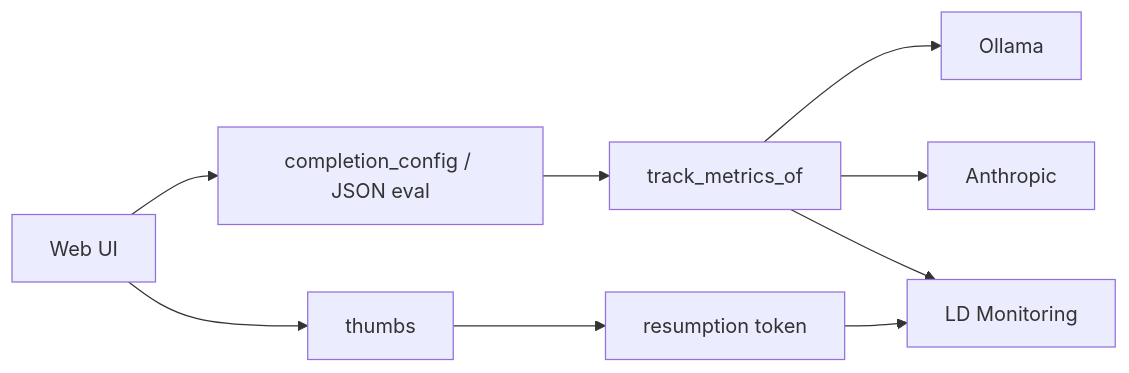
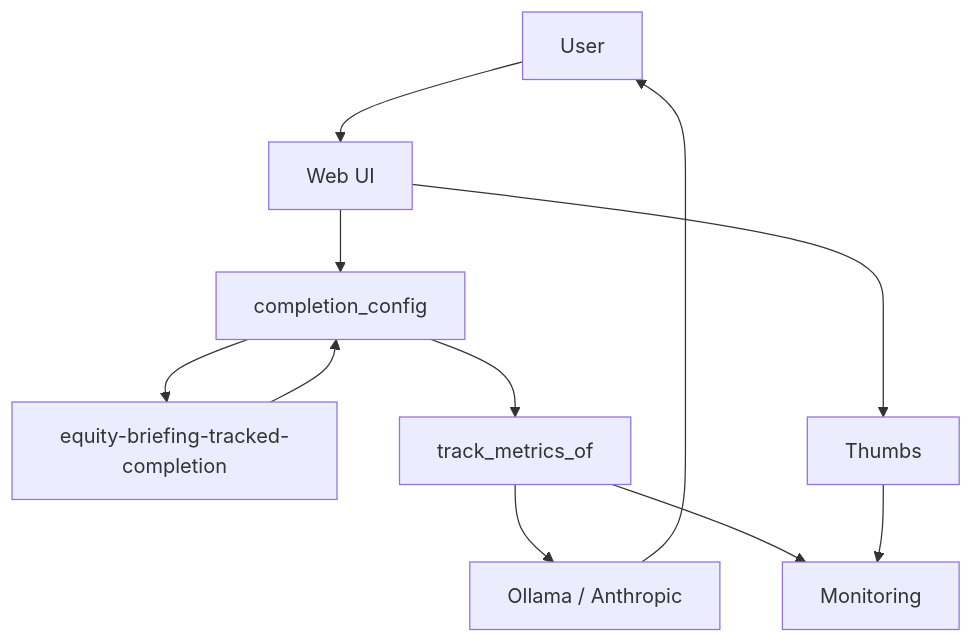
The diagram in 20-agent-config/22-config-outside-code/application.md (marcoman/lunch-marcoly), drawn with Mermaid before and after one commit. The commit also changed other lines of this file and 8 other files, not shown here.

Commit message:
docs: Add architecture diagrams to our Agent Control examples to better explain to the user what they are seeing.

````diff
--- a/20-agent-config/22-config-outside-code/application.md
+++ b/20-agent-config/22-config-outside-code/application.md
@@ -42,11 +42,13 @@
 ```mermaid
-flowchart LR
-  UI[Web UI] --> Eval[completion_config / JSON eval]
-  Eval --> Track[track_metrics_of]
-  Track --> Ollama[Ollama]
-  Track --> Anthropic[Anthropic]
-  Track --> Mon[LD Monitoring]
-  UI --> FB[thumbs]
-  FB --> Resume[resumption token]
-  Resume --> Mon
+flowchart TB
+  User["User"] --> UI["Web UI"]
+  UI --> App["completion_config"]
+  App --> LD["equity-briefing-tracked-completion"]
+  LD --> App
+  App --> Track["track_metrics_of"]
+  Track --> LLM["Ollama / Anthropic"]
+  Track --> Mon["Monitoring"]
+  LLM --> User
+  UI --> FB["Thumbs"]
+  FB --> Mon
 ```
````
